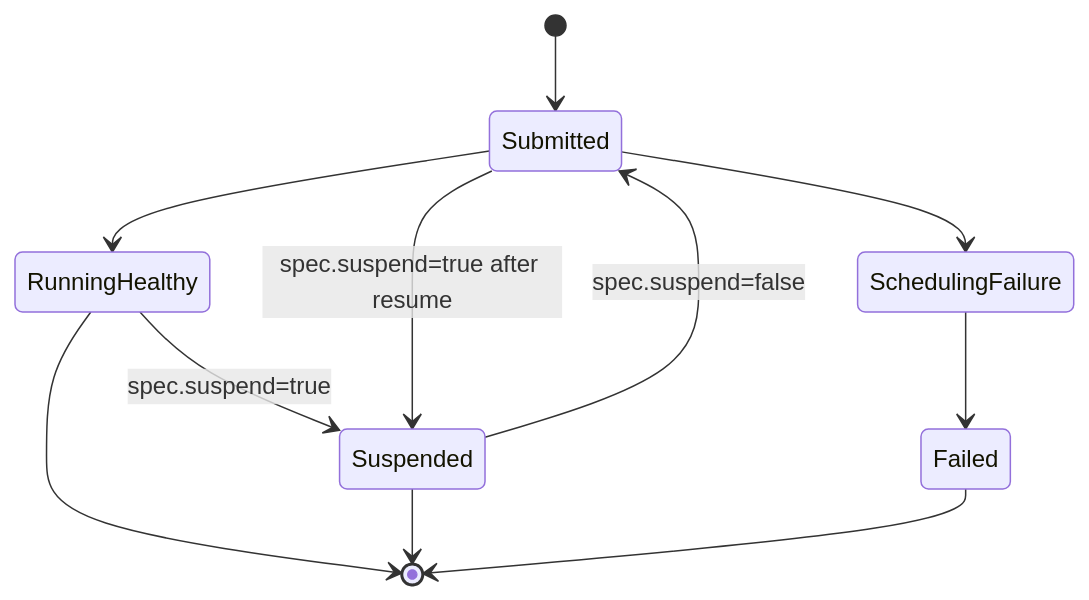
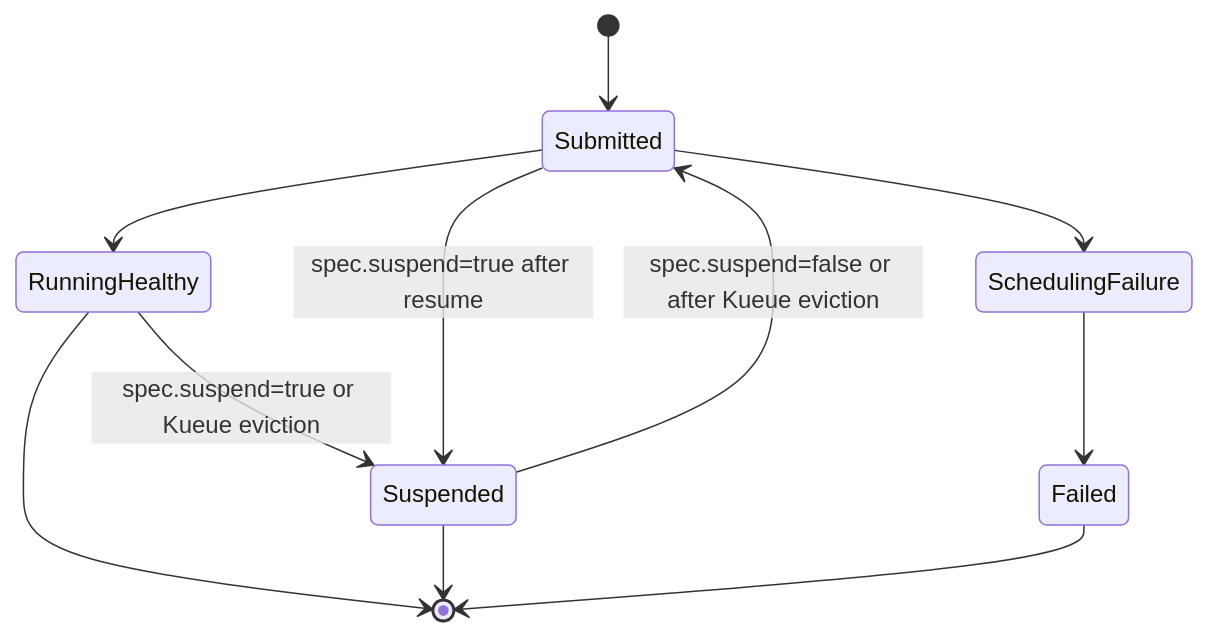
Before and after one commit to apache/spark-kubernetes-operator: the third of 3 diagrams in docs/architecture.md, drawn with Mermaid. The commit also changed other lines of this file and 13 other files, not shown here.

First line of the commit message:
[SPARK-59803] Handle an evicted or deactivated Kueue `Workload` of a running `SparkCluster`

````diff
--- a/docs/architecture.md
+++ b/docs/architecture.md
@@ -194,18 +194,18 @@
 ```mermaid
 stateDiagram-v2
 
     [*] --> Submitted
 
     Submitted --> RunningHealthy
     Submitted --> SchedulingFailure
 
     SchedulingFailure --> Failed
 
-    RunningHealthy --> Suspended : spec.suspend=true
-    Suspended --> Submitted : spec.suspend=false
+    RunningHealthy --> Suspended : spec.suspend=true or Kueue eviction
+    Suspended --> Submitted : spec.suspend=false or after Kueue eviction
     Submitted --> Suspended : spec.suspend=true after resume
 
     RunningHealthy --> [*]
     Suspended --> [*]
     Failed --> [*]
 ```
````
